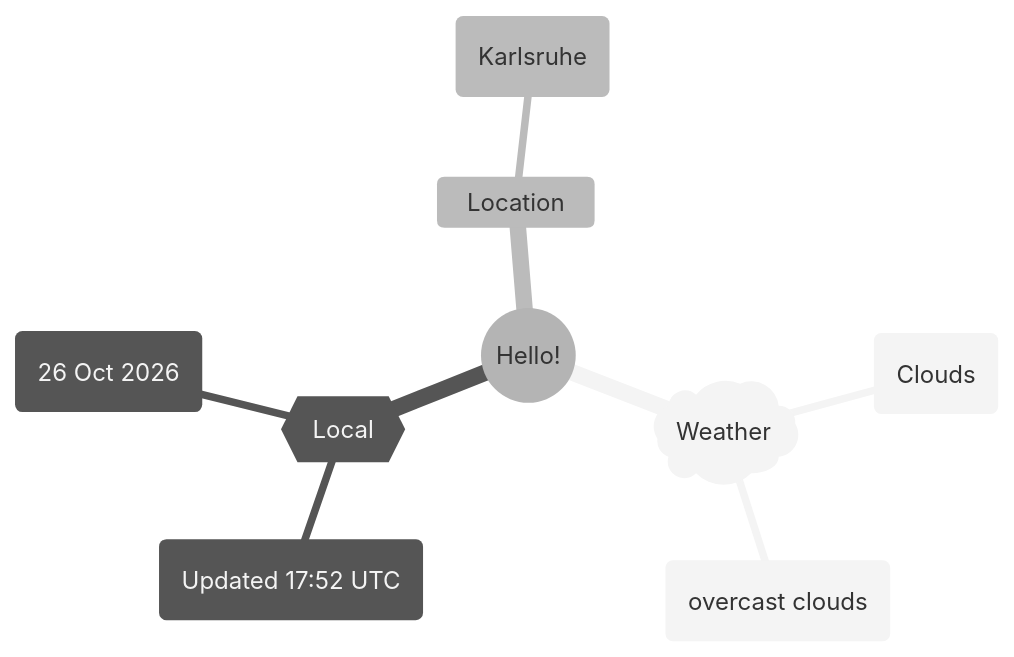
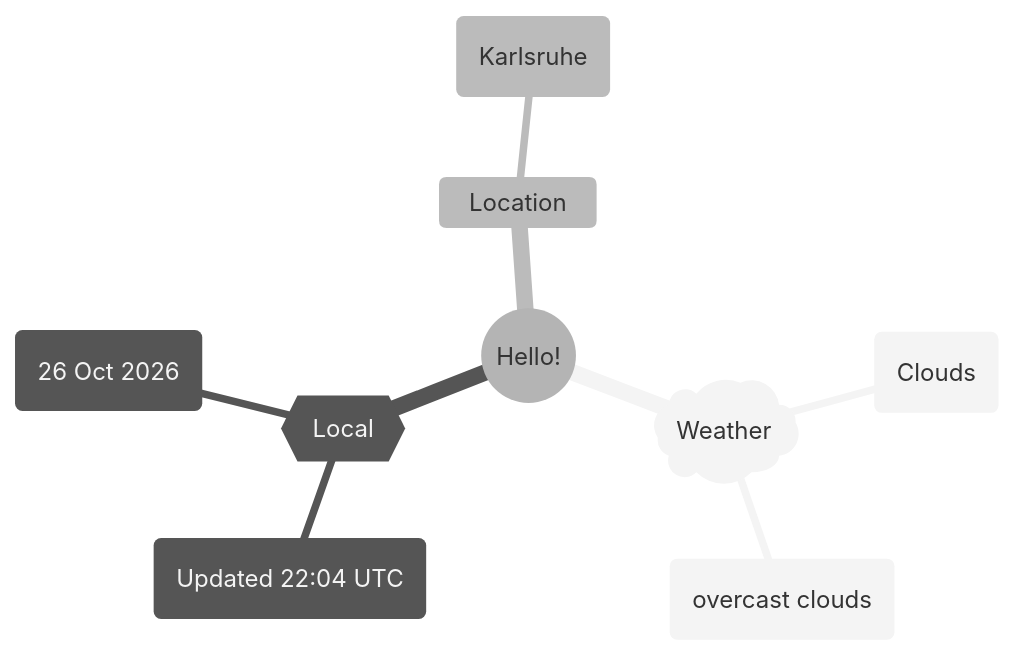
Before and after one commit to Xosrov/Xosrov: the first of 2 diagrams in README.md, drawn with Mermaid (neutral theme).

Commit message:
[bot] updated images

````diff
--- a/README.md
+++ b/README.md
@@ -3,12 +3,12 @@
 ```mermaid
 mindmap
   root((Hello!))
     )Weather(
         (Clouds)
         (overcast clouds)
     {{Local}}
-        (Updated 17:52 UTC)
+        (Updated 22:04 UTC)
         (26 Oct 2026)
     Location
         (Karlsruhe)
 ```
````
